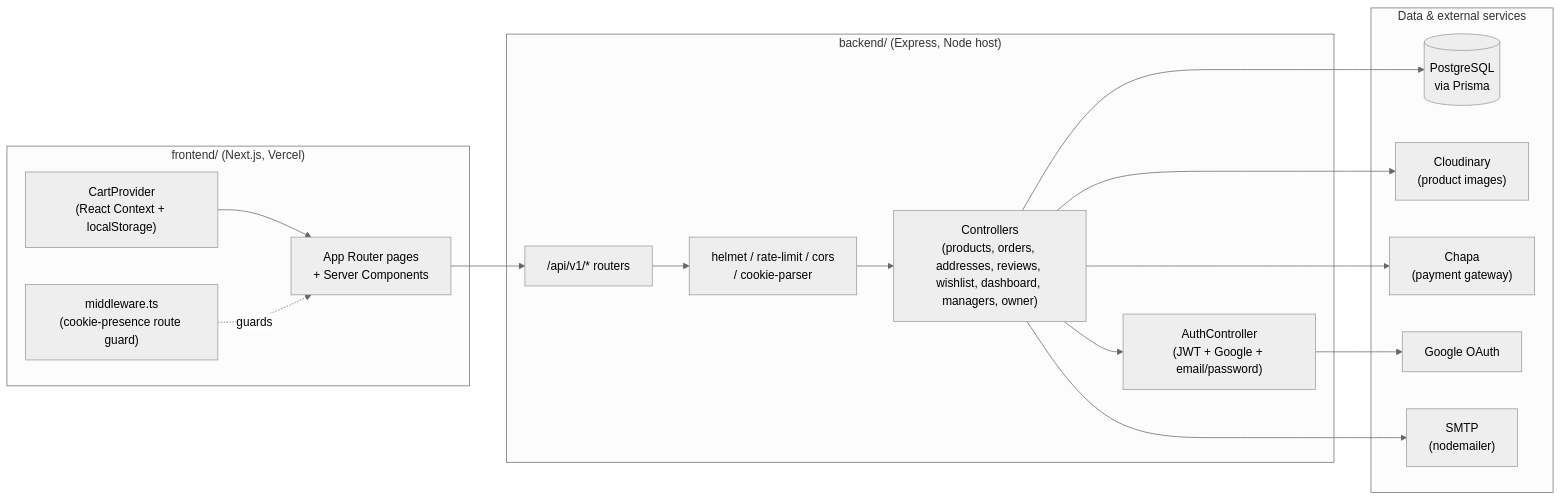
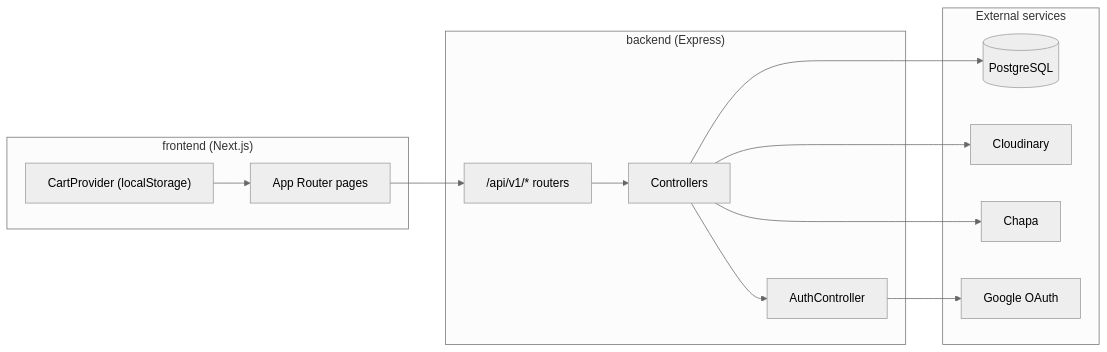
The first of 3 diagrams in README.md (PixelNoah-ui/E-commerce), drawn with Mermaid (neutral theme) before and after one commit. The commit also changed other lines of this file, not shown here.

````diff
--- a/README.md
+++ b/README.md
@@ -171,34 +88,27 @@
 ```mermaid
 flowchart LR
-    subgraph FE["frontend/ (Next.js, Vercel)"]
-        UI["App Router pages\n+ Server Components"]
-        Cart["CartProvider\n(React Context + localStorage)"]
-        MW["middleware.ts\n(cookie-presence route guard)"]
+    subgraph FE["frontend (Next.js)"]
+        UI["App Router pages"]
+        Cart["CartProvider (localStorage)"]
     end
-
-    subgraph BE["backend/ (Express, Node host)"]
+    subgraph BE["backend (Express)"]
         Routers["/api/v1/* routers"]
-        Auth["AuthController\n(JWT + Google + email/password)"]
-        Ctrls["Controllers\n(products, orders, addresses, reviews, wishlist, dashboard, managers, owner)"]
-        Mid["helmet / rate-limit / cors\n/ cookie-parser"]
+        Auth["AuthController"]
+        Ctrls["Controllers"]
     end
-
-    subgraph Data["Data & external services"]
-        PG[("PostgreSQL\nvia Prisma")]
-        Cloudinary["Cloudinary\n(product images)"]
-        Chapa["Chapa\n(payment gateway)"]
+    subgraph Ext["External services"]
+        PG[("PostgreSQL")]
+        Cloudinary["Cloudinary"]
+        Chapa["Chapa"]
         Google["Google OAuth"]
-        SMTP["SMTP\n(nodemailer)"]
     end
 
     UI --> Routers
     Cart --> UI
-    MW -.guards.-> UI
-    Routers --> Mid --> Ctrls
+    Routers --> Ctrls
     Ctrls --> Auth
     Ctrls --> PG
     Ctrls --> Cloudinary
     Ctrls --> Chapa
     Auth --> Google
-    Ctrls --> SMTP
 ```
````
